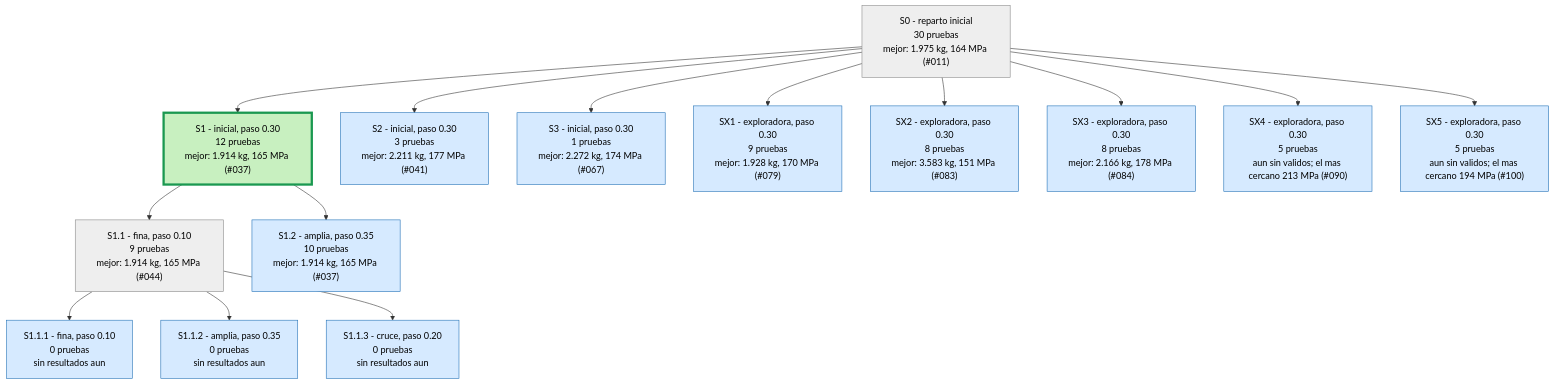
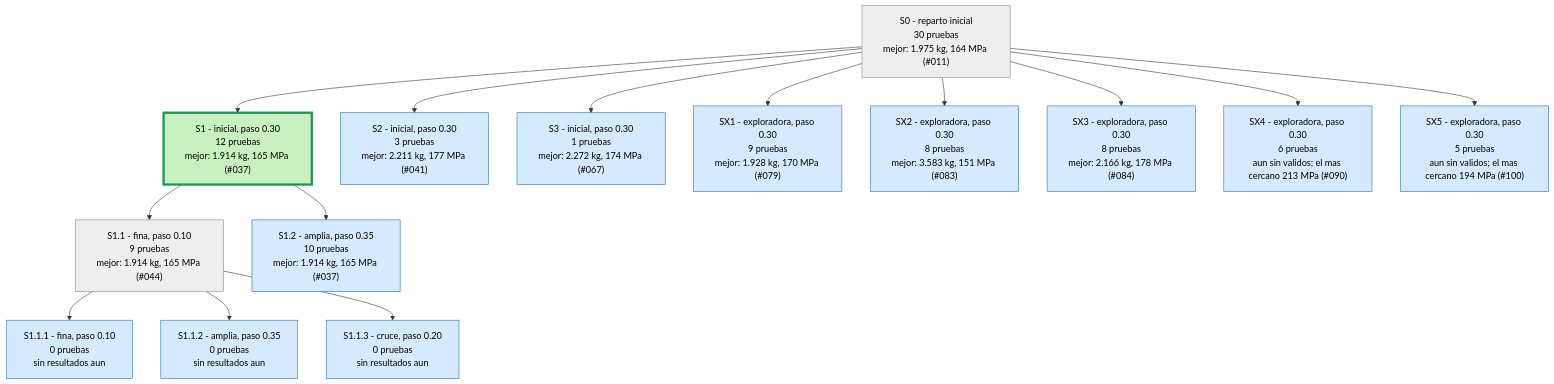
One commit to Hugiko/msd-soporte-optimizacion changed the first of 4 diagrams in runs/opt_37800N/ARBOL.md. Above: the diagram before and after it, drawn with Mermaid. The commit also changed 19 other files, not shown here.

````diff
--- a/runs/opt_37800N/ARBOL.md
+++ b/runs/opt_37800N/ARBOL.md
@@ -9,33 +9,33 @@
 ```mermaid
 graph TD
 classDef activa fill:#d6eaff,stroke:#1f6fb5,color:#000
 classDef fin fill:#eeeeee,stroke:#888,color:#000
 classDef mejor fill:#c8f0c0,stroke:#1a9850,stroke-width:4px,color:#000
 S0["S0 - reparto inicial<br/>30 pruebas<br/>mejor: 1.975 kg, 164 MPa (#011)"]:::fin
 S1["S1 - inicial, paso 0.30<br/>12 pruebas<br/>mejor: 1.914 kg, 165 MPa (#037)"]:::mejor
 S0 --> S1
 S2["S2 - inicial, paso 0.30<br/>3 pruebas<br/>mejor: 2.211 kg, 177 MPa (#041)"]:::activa
 S0 --> S2
 S3["S3 - inicial, paso 0.30<br/>1 pruebas<br/>mejor: 2.272 kg, 174 MPa (#067)"]:::activa
 S0 --> S3
 S1_1["S1.1 - fina, paso 0.10<br/>9 pruebas<br/>mejor: 1.914 kg, 165 MPa (#044)"]:::fin
 S1 --> S1_1
 S1_2["S1.2 - amplia, paso 0.35<br/>10 pruebas<br/>mejor: 1.914 kg, 165 MPa (#037)"]:::activa
 S1 --> S1_2
 S1_1_1["S1.1.1 - fina, paso 0.10<br/>0 pruebas<br/>sin resultados aun"]:::activa
 S1_1 --> S1_1_1
 S1_1_2["S1.1.2 - amplia, paso 0.35<br/>0 pruebas<br/>sin resultados aun"]:::activa
 S1_1 --> S1_1_2
 S1_1_3["S1.1.3 - cruce, paso 0.20<br/>0 pruebas<br/>sin resultados aun"]:::activa
 S1_1 --> S1_1_3
 SX1["SX1 - exploradora, paso 0.30<br/>9 pruebas<br/>mejor: 1.928 kg, 170 MPa (#079)"]:::activa
 S0 --> SX1
 SX2["SX2 - exploradora, paso 0.30<br/>8 pruebas<br/>mejor: 3.583 kg, 151 MPa (#083)"]:::activa
 S0 --> SX2
 SX3["SX3 - exploradora, paso 0.30<br/>8 pruebas<br/>mejor: 2.166 kg, 178 MPa (#084)"]:::activa
 S0 --> SX3
-SX4["SX4 - exploradora, paso 0.30<br/>5 pruebas<br/>aun sin validos; el mas cercano 213 MPa (#090)"]:::activa
+SX4["SX4 - exploradora, paso 0.30<br/>6 pruebas<br/>aun sin validos; el mas cercano 213 MPa (#090)"]:::activa
 S0 --> SX4
 SX5["SX5 - exploradora, paso 0.30<br/>5 pruebas<br/>aun sin validos; el mas cercano 194 MPa (#100)"]:::activa
 S0 --> SX5
 ```
````
